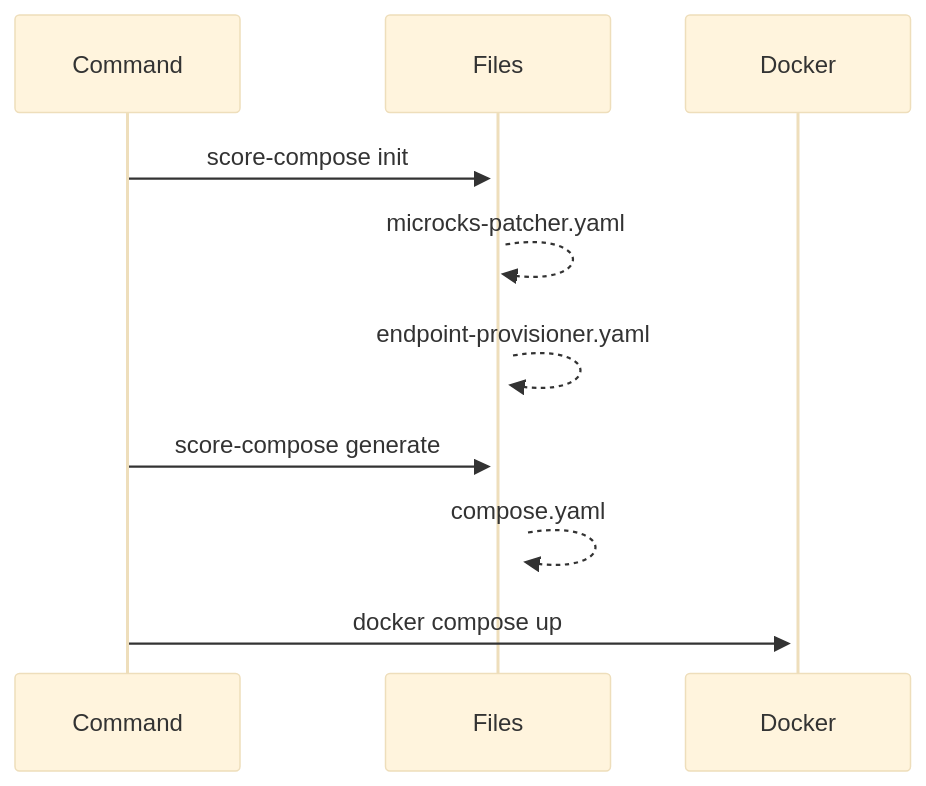
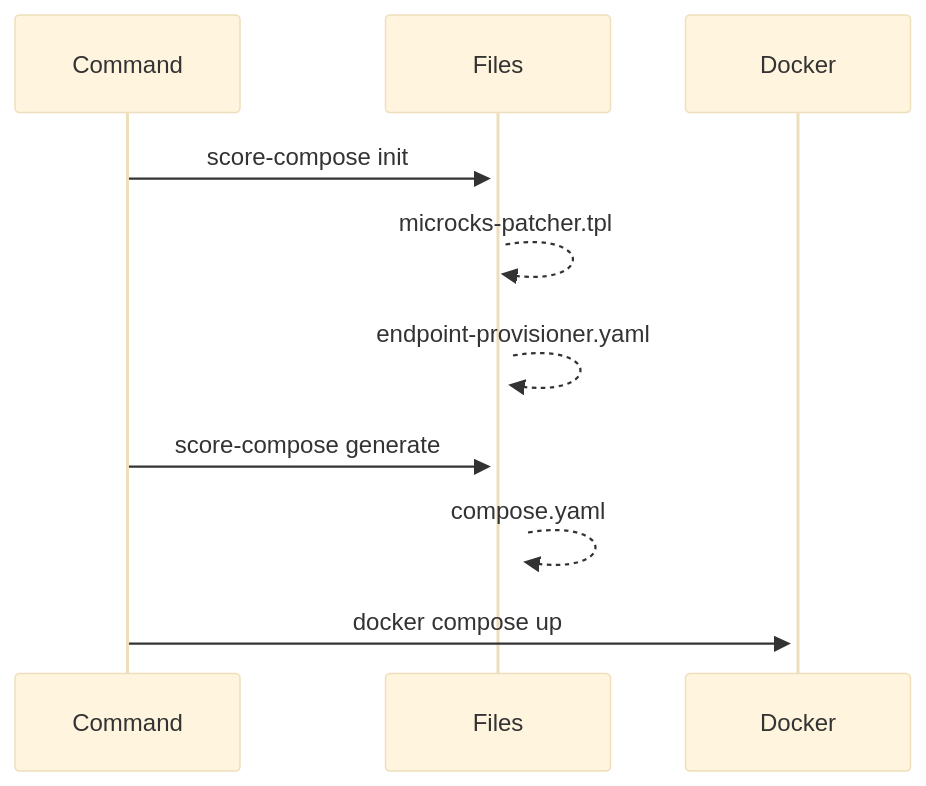
The second of 3 diagrams in README.md (mathieu-benoit/score-microcks), drawn with Mermaid (base theme) before and after one commit.

Commit message:
Update microcks-patcher.yaml to microcks-patcher.tpl

````diff
--- a/README.md
+++ b/README.md
@@ -16,9 +16,9 @@
 ```mermaid
 sequenceDiagram
     Command->>+Files: score-compose init
-    Files-->>+Files: microcks-patcher.yaml
+    Files-->>+Files: microcks-patcher.tpl
     Files-->>+Files: endpoint-provisioner.yaml
     Command->>+Files: score-compose generate
     Files-->>+Files: compose.yaml
     Command->>+Docker: docker compose up
 ```
````
